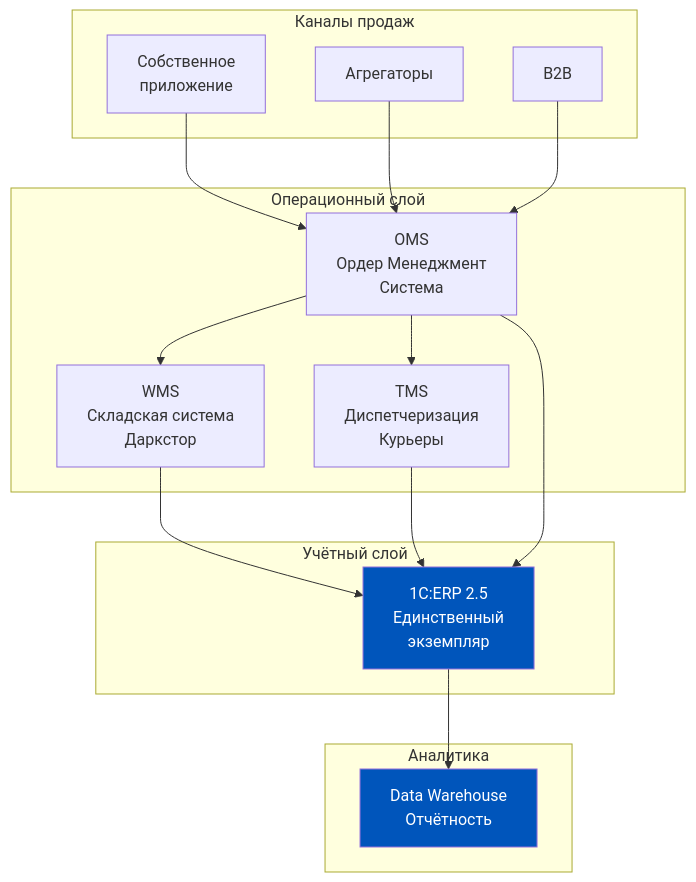
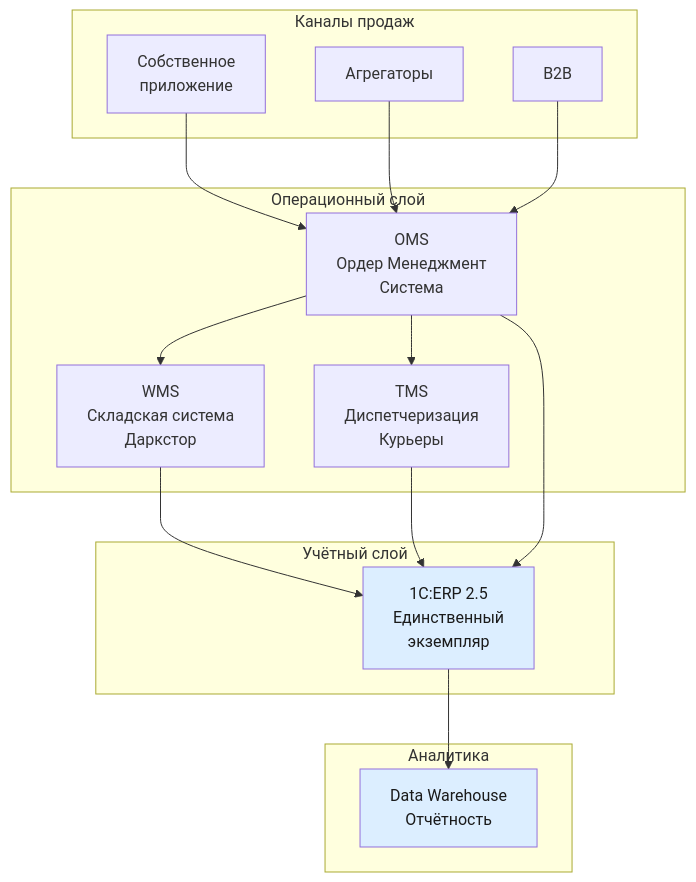
One commit to murad1986/1c-erp-quartz changed the eighth of 11 diagrams in content/1c-erp/week_7/Неделя 7 - День 7 - История Delivery Club.md. Above: the diagram before and after it, drawn with Mermaid. The commit also changed other lines of this file and 57 other files, not shown here.

First line of the commit message:
fix: Mermaid — пастельные цвета в источниках диаграмм (56 файлов)

````diff
--- a/content/1c-erp/week_7/Неделя 7 - День 7 - История Delivery Club.md
+++ b/content/1c-erp/week_7/Неделя 7 - День 7 - История Delivery Club.md
@@ -575,33 +575,33 @@
 ```mermaid
 graph TD
     subgraph Каналы продаж
         C1[Собственное<br/>приложение]
         C2[Агрегаторы]
         C3[B2B]
     end
 
     subgraph Операционный слой
         OMS[OMS<br/>Ордер Менеджмент<br/>Система]
         WMS[WMS<br/>Складская система<br/>Даркстор]
         TMS[TMS<br/>Диспетчеризация<br/>Курьеры]
     end
 
     subgraph Учётный слой
         ERP[1C:ERP 2.5<br/>Единственный<br/>экземпляр]
     end
 
     subgraph Аналитика
         DWH[Data Warehouse<br/>Отчётность]
     end
 
     C1 & C2 & C3 --> OMS
     OMS --> WMS
     OMS --> TMS
     WMS --> ERP
     TMS --> ERP
     OMS --> ERP
     ERP --> DWH
 
-    style ERP fill:#0055BB,color:#fff
-    style DWH fill:#0055BB,color:#fff
+    style ERP fill:#dceeff,color:#1a1a1a
+    style DWH fill:#dceeff,color:#1a1a1a
 ```
````
